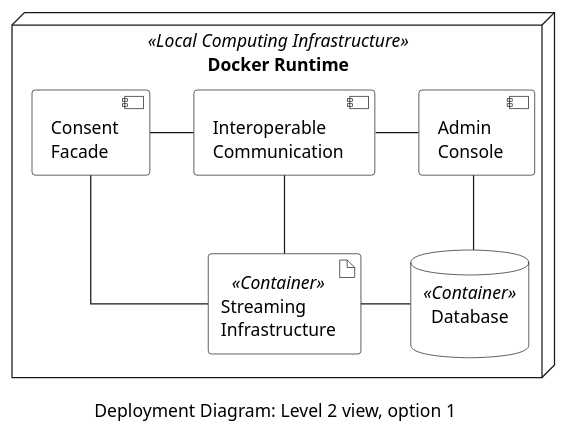
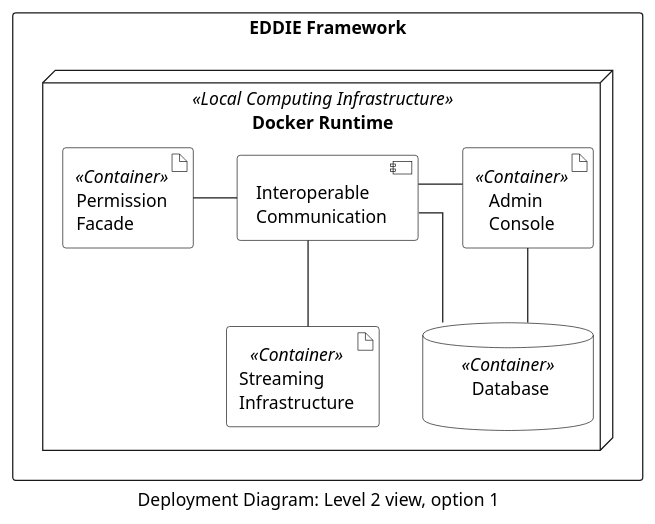
Before and after one commit to eddie-energy/architecture: the diagram in arc42/07-deployment-view/figures/deployment-diagram-option-1.puml, drawn with PlantUML. The commit also changed 20 other files, not shown here.

```diff
--- a/arc42/07-deployment-view/figures/deployment-diagram-option-1.puml
+++ b/arc42/07-deployment-view/figures/deployment-diagram-option-1.puml
@@ -1,46 +1,42 @@
 @startuml deployment-diagram-option-1
 'deployment diagram
 caption Deployment Diagram: Level 2 view, option 1
 
 skinparam linetype ortho
 skinparam interface {
   backgroundColor transparent
   borderColor black
 }
 skinparam artifact{
   BorderColor black
   BackgroundColor transparent
 }
 skinparam component{
   BorderColor black
   BackgroundColor transparent
 }
 skinparam actor{
   BorderColor black
   BackgroundColor transparent
 }
 skinparam database{
   BorderColor black
   BackgroundColor transparent
 }
-skinparam rectangle{
-  BorderColor transparent
-  BackgroundColor transparent
-  FontColor transparent
+
+rectangle "EDDIE Framework" {
+  node "Docker Runtime" <<Local Computing Infrastructure>> as local {    
+    artifact "Permission\nFacade" <<Container>> as consentFacade
+    component "Interoperable\nCommunication" as comm
+    artifact "Admin\nConsole" <<Container>> as adminConsole
+    artifact "Streaming\nInfrastructure" <<Container>> as broker
+    database "\tDatabase\t\n" <<Container>> as database
+  }
 }
-
-  node "Docker Runtime" <<Local Computing Infrastructure>> as local {    
-    component "Consent\nFacade" as consentFacade
-    component "Interoperable\nCommunication" as comm
-    component "Admin\nConsole" as adminConsole
-    artifact "Streaming\nInfrastructure" <<Container>> as broker
-    database "Database\n" <<Container>> as database
-  }
   consentFacade -right- comm
   adminConsole -left- comm
-  consentFacade -down- broker
-  database -left- broker
   comm -down- broker
-  adminConsole -down- database
+  comm -down- database
+  adminConsole -down- database 
   
 @enduml
```
